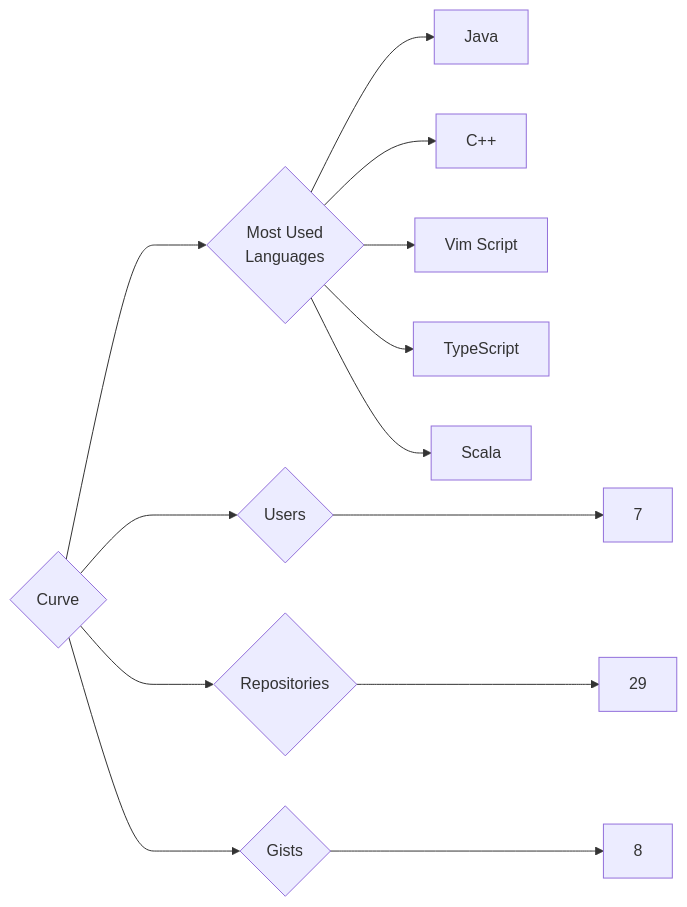
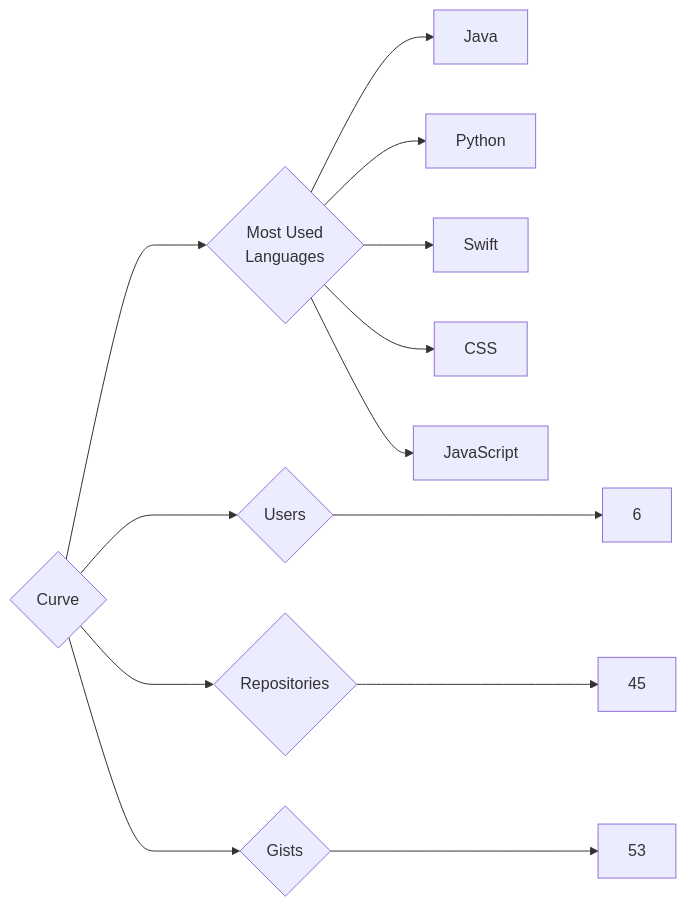
Before and after one commit to trickest/insiders: the diagram in targets/Curve/README.md, drawn with Mermaid. The commit also changed 1170 other files, not shown here.

````diff
--- a/targets/Curve/README.md
+++ b/targets/Curve/README.md
@@ -3,13 +3,13 @@
 ```mermaid
 graph LR
 COMPANY_NAME{Curve}
-COMPANY_NAME ---> U{Users} ---> UN[7]
-COMPANY_NAME ---> R{Repositories} ---> RN[29]
-COMPANY_NAME ---> G{Gists} ---> GN[8]
+COMPANY_NAME ---> U{Users} ---> UN[6]
+COMPANY_NAME ---> R{Repositories} ---> RN[45]
+COMPANY_NAME ---> G{Gists} ---> GN[53]
 COMPANY_NAME ---> ML{Most Used<br>Languages}
 ML --> Java[Java]
-ML --> C++[C++]
-ML --> Vim_Script[Vim Script]
-ML --> TypeScript[TypeScript]
-ML --> Scala[Scala]
+ML --> Python[Python]
+ML --> Swift[Swift]
+ML --> CSS[CSS]
+ML --> JavaScript[JavaScript]
 ```
````
